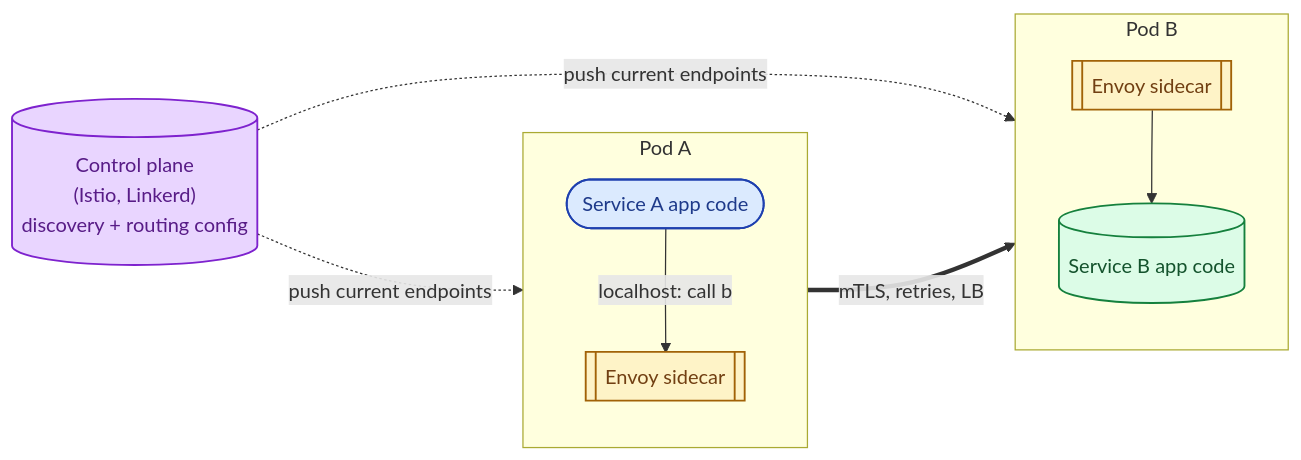
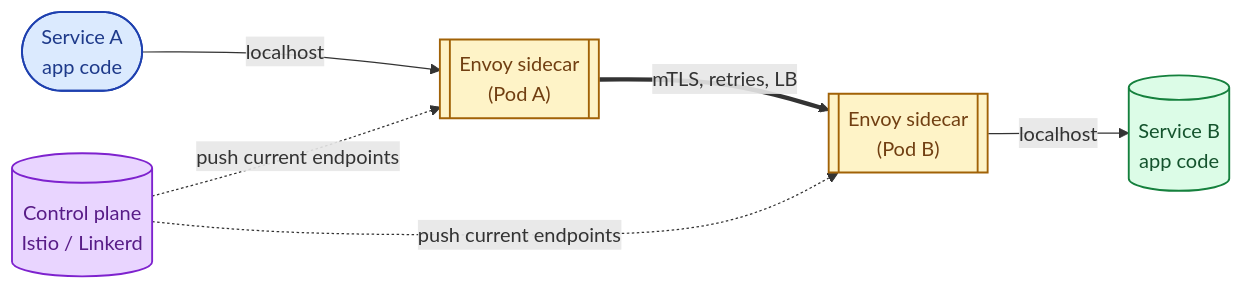
The fourth of 6 diagrams in _sd_concepts/059-service-discovery.md (shiningflash/shiningflash.github.io), drawn with Mermaid before and after one commit. The commit also changed other lines of this file and 8 other files, not shown here.

First line of the commit message:
Fix diagrams that rendered cramped at column width

````diff
--- a/_sd_concepts/059-service-discovery.md
+++ b/_sd_concepts/059-service-discovery.md
@@ -106,28 +106,20 @@
 ```mermaid
 flowchart LR
-    subgraph PODA["Pod A"]
-        direction TB
-        AAPP(["Service A app code"]):::client
-        AENV[["Envoy sidecar"]]:::infra
-    end
+    AAPP(["Service A<br/>app code"]):::client
+    AENV[["Envoy sidecar<br/>(Pod A)"]]:::infra
+    BENV[["Envoy sidecar<br/>(Pod B)"]]:::infra
+    BAPP[("Service B<br/>app code")]:::server
+    CP[("Control plane<br/>Istio / Linkerd")]:::store
 
-    subgraph PODB["Pod B"]
-        direction TB
-        BENV[["Envoy sidecar"]]:::infra
-        BAPP[("Service B app code")]:::server
-    end
-
-    CP[("Control plane<br/>(Istio, Linkerd)<br/>discovery + routing config")]:::store
-
-    AAPP -->|"localhost: call b"| AENV
+    AAPP -->|"localhost"| AENV
     AENV ==>|"mTLS, retries, LB"| BENV
-    BENV --> BAPP
+    BENV -->|"localhost"| BAPP
 
     CP -.->|"push current endpoints"| AENV
     CP -.->|"push current endpoints"| BENV
 
     classDef client fill:#dbeafe,stroke:#1e40af,color:#1e3a8a,stroke-width:1.5px
     classDef infra fill:#fef3c7,stroke:#a16207,color:#713f12,stroke-width:1.5px
     classDef server fill:#dcfce7,stroke:#15803d,color:#14532d,stroke-width:1.5px
     classDef store fill:#e9d5ff,stroke:#7e22ce,color:#581c87,stroke-width:1.5px
 ```
````
